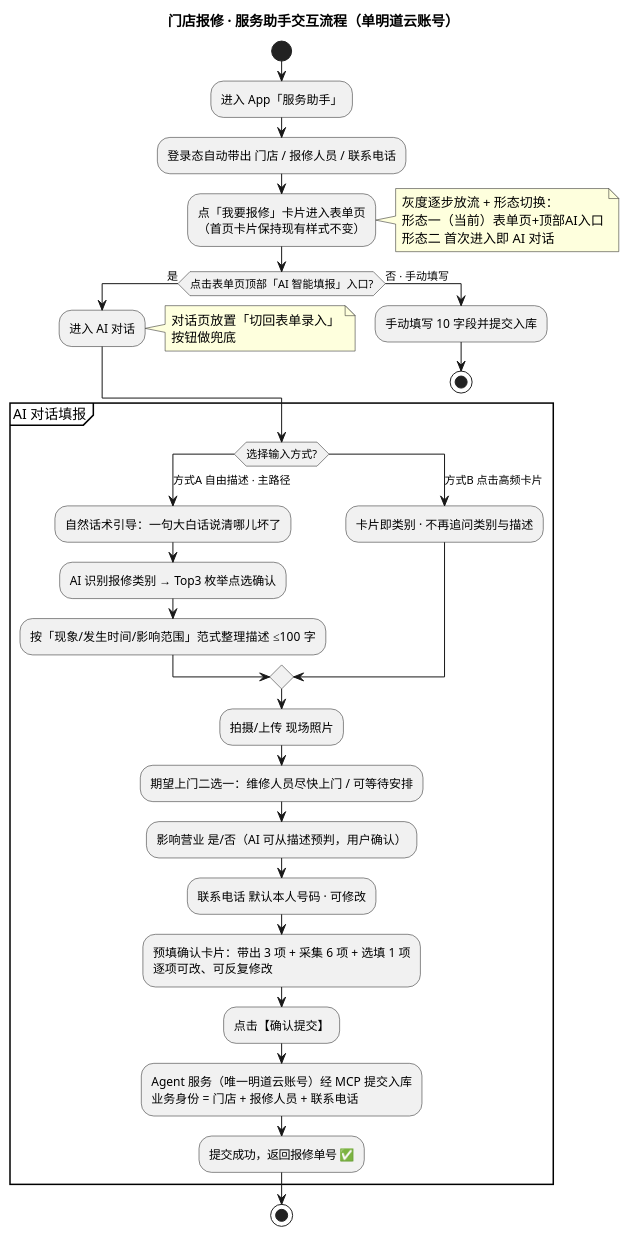
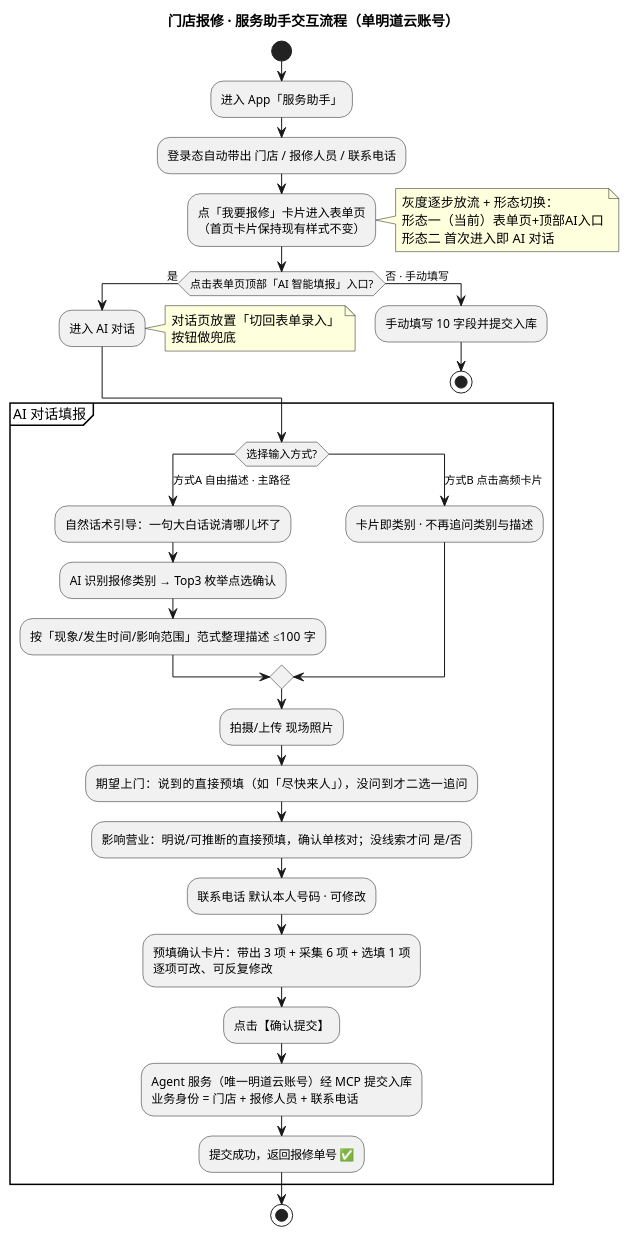
One commit to bai876939716/my_doc changed the diagram in src/main/hotmaxx/需求点/输入优化/final/prd/产品交互流程图.puml. Above: the diagram before and after it, drawn with PlantUML. The commit also changed 19 other files, not shown here.

```diff
--- a/src/main/hotmaxx/需求点/输入优化/final/prd/产品交互流程图.puml
+++ b/src/main/hotmaxx/需求点/输入优化/final/prd/产品交互流程图.puml
@@ -1,47 +1,47 @@
 @startuml 产品交互流程图
 title 门店报修 · 服务助手交互流程（单明道云账号）
 
 start
 :进入 App「服务助手」;
 :登录态自动带出 门店 / 报修人员 / 联系电话;
 :点「我要报修」卡片进入表单页
 （首页卡片保持现有样式不变）;
 note right
   灰度逐步放流 + 形态切换：
   形态一（当前）表单页+顶部AI入口
   形态二 首次进入即 AI 对话
 end note
 
 if (点击表单页顶部「AI 智能填报」入口?) then (是)
   :进入 AI 对话;
   note right
     对话页放置「切回表单录入」
     按钮做兜底
   end note
 else (否 · 手动填写)
   :手动填写 10 字段并提交入库;
   stop
 endif
 
 partition "AI 对话填报" {
   switch (选择输入方式?)
   case (方式A 自由描述 · 主路径)
     :自然话术引导：一句大白话说清哪儿坏了;
     :AI 识别报修类别 → Top3 枚举点选确认;
     :按「现象/发生时间/影响范围」范式整理描述 ≤100 字;
   case (方式B 点击高频卡片)
     :卡片即类别 · 不再追问类别与描述;
   endswitch
   :拍摄/上传 现场照片;
-  :期望上门二选一：维修人员尽快上门 / 可等待安排;
-  :影响营业 是/否（AI 可从描述预判，用户确认）;
+  :期望上门：说到的直接预填（如「尽快来人」），没问到才二选一追问;
+  :影响营业：明说/可推断的直接预填，确认单核对；没线索才问 是/否;
   :联系电话 默认本人号码 · 可修改;
   :预填确认卡片：带出 3 项 + 采集 6 项 + 选填 1 项
   逐项可改、可反复修改;
   :点击【确认提交】;
   :Agent 服务（唯一明道云账号）经 MCP 提交入库
   业务身份 = 门店 + 报修人员 + 联系电话;
   :提交成功，返回报修单号 ✅;
 }
 stop
 @enduml
```
